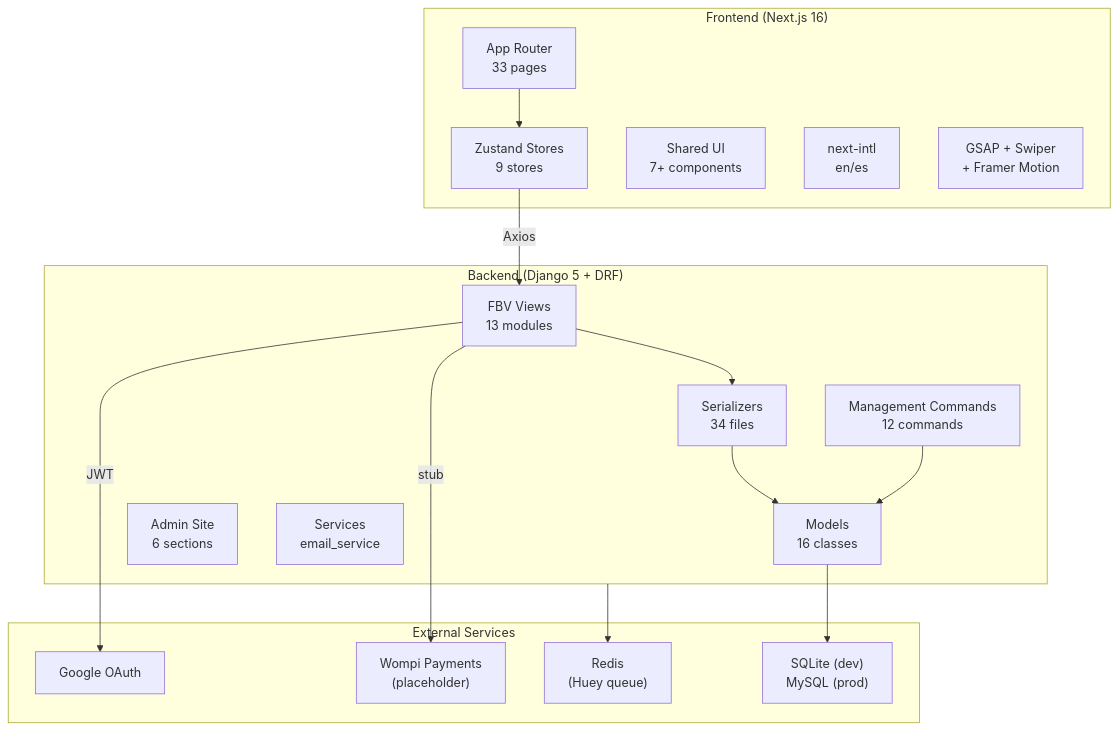
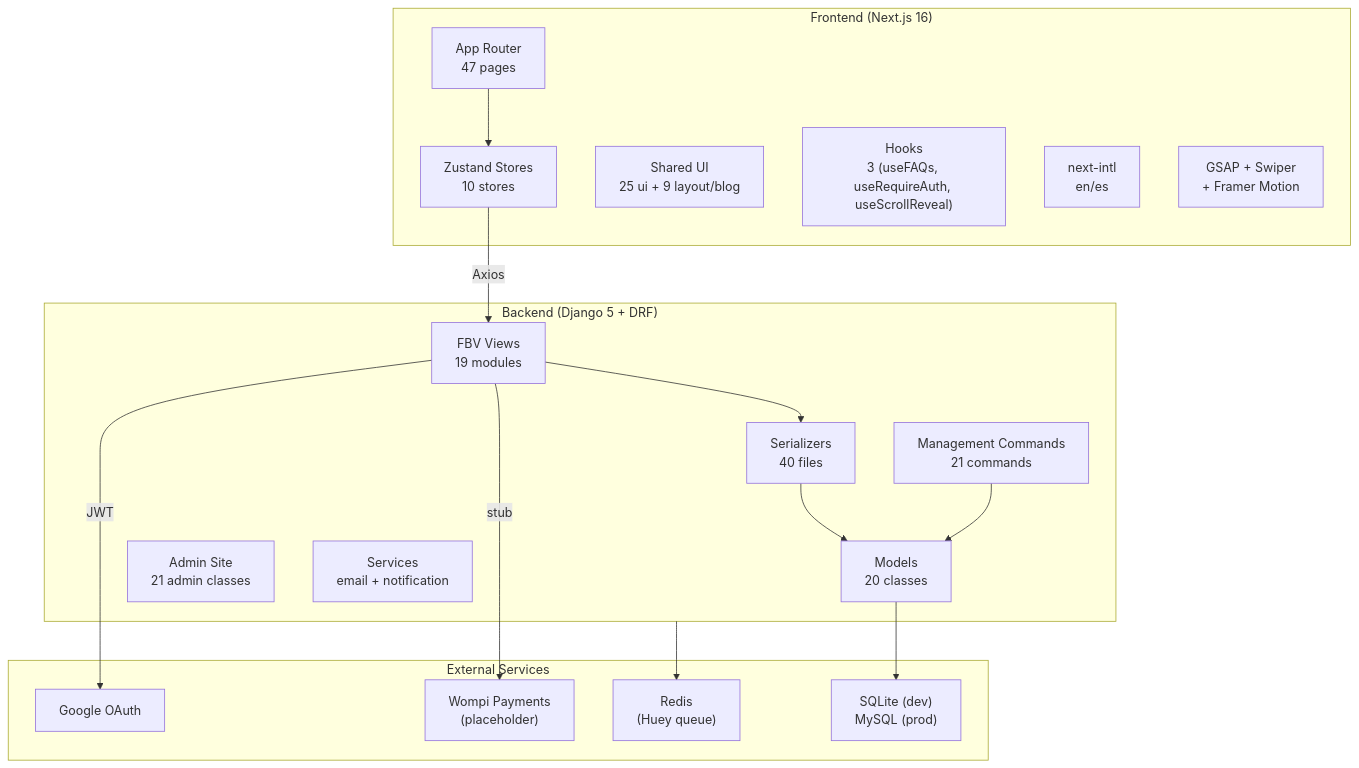
Before and after one commit to carlos18bp/tuhuella_project: the first of 3 diagrams in docs/methodology/architecture.md, drawn with Mermaid. The commit also changed other lines of this file and 99 other files, not shown here.

````diff
--- a/docs/methodology/architecture.md
+++ b/docs/methodology/architecture.md
@@ -5,36 +7,37 @@
 ```mermaid
 graph TB
     subgraph Frontend["Frontend (Next.js 16)"]
-        AppRouter["App Router<br/>33 pages"]
-        Stores["Zustand Stores<br/>9 stores"]
-        Components["Shared UI<br/>7+ components"]
+        AppRouter["App Router<br/>47 pages"]
+        Stores["Zustand Stores<br/>10 stores"]
+        Components["Shared UI<br/>25 ui + 9 layout/blog"]
+        Hooks["Hooks<br/>3 (useFAQs, useRequireAuth, useScrollReveal)"]
         I18n["next-intl<br/>en/es"]
         GSAP["GSAP + Swiper<br/>+ Framer Motion"]
     end
 
     subgraph Backend["Backend (Django 5 + DRF)"]
-        Views["FBV Views<br/>13 modules"]
-        Serializers["Serializers<br/>34 files"]
-        Models["Models<br/>16 classes"]
-        Admin["Admin Site<br/>6 sections"]
-        Commands["Management Commands<br/>12 commands"]
-        Services["Services<br/>email_service"]
+        Views["FBV Views<br/>19 modules"]
+        Serializers["Serializers<br/>40 files"]
+        Models["Models<br/>20 classes"]
+        Admin["Admin Site<br/>21 admin classes"]
+        Commands["Management Commands<br/>21 commands"]
+        Services["Services<br/>email + notification"]
     end
 
     subgraph External["External Services"]
         Google["Google OAuth"]
         Wompi["Wompi Payments<br/>(placeholder)"]
         Redis["Redis<br/>(Huey queue)"]
         DB["SQLite (dev)<br/>MySQL (prod)"]
     end
 
     AppRouter --> Stores
     Stores -->|Axios| Views
     Views --> Serializers
     Serializers --> Models
     Models --> DB
     Views -->|JWT| Google
     Views -->|stub| Wompi
     Commands --> Models
     Backend --> Redis
 ```
````
